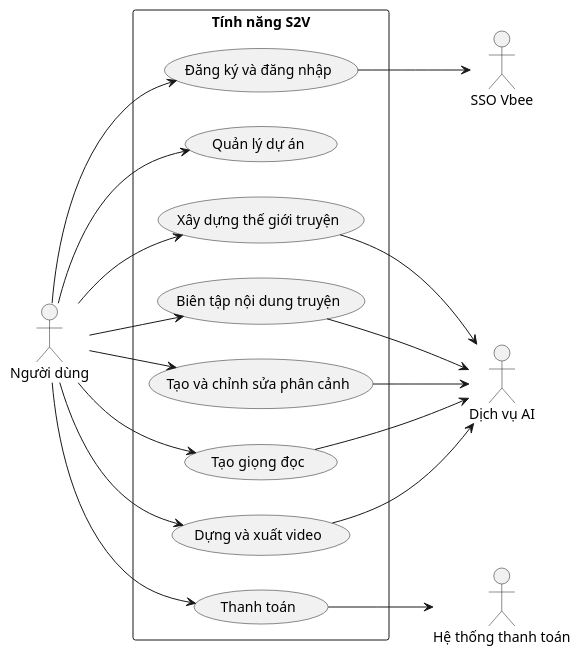
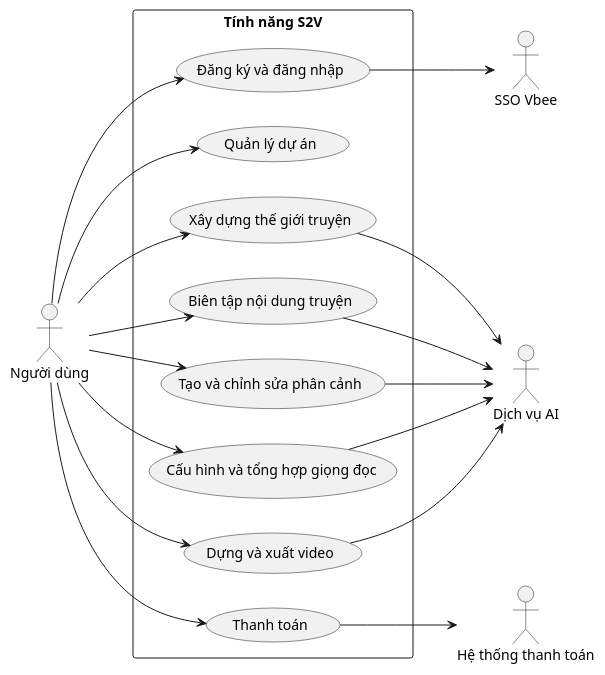
One commit to 202416852-anhpv/story2video-docs changed the diagram in docs/bieu-do-uc/tong-quat.puml. Above: the diagram before and after it, drawn with PlantUML. The commit also changed 8 other files, not shown here.

```diff
--- a/docs/bieu-do-uc/tong-quat.puml
+++ b/docs/bieu-do-uc/tong-quat.puml
@@ -1,37 +1,37 @@
 @startuml tong-quat
 left to right direction
 
 actor "Người dùng" as User
 actor "SSO Vbee" as SSO
 actor "Dịch vụ AI" as AI_Service
 actor "Hệ thống thanh toán" as PAY_SYS
 
 rectangle "Tính năng S2V" {
     usecase "Đăng ký và đăng nhập" as UC_01
     usecase "Quản lý dự án" as UC_02
     usecase "Xây dựng thế giới truyện" as UC_03
     usecase "Biên tập nội dung truyện" as UC_04
     usecase "Tạo và chỉnh sửa phân cảnh" as UC_05
-    usecase "Tạo giọng đọc" as UC_08
+    usecase "Cấu hình và tổng hợp giọng đọc" as UC_08
     usecase "Dựng và xuất video" as UC_06
     usecase "Thanh toán" as UC_07
 }
 
 User --> UC_01
 User --> UC_02
 User --> UC_03
 User --> UC_04
 User --> UC_05
 User --> UC_06
 User --> UC_07
 User --> UC_08
 
 UC_07 --> PAY_SYS
 UC_01 --> SSO
 UC_03 --> AI_Service
 UC_04 --> AI_Service
 UC_05 --> AI_Service
 UC_06 --> AI_Service
 UC_08 --> AI_Service
 
 @enduml
```
